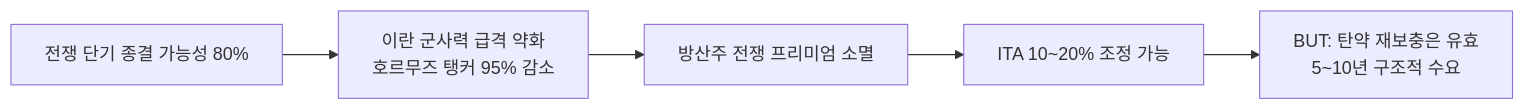
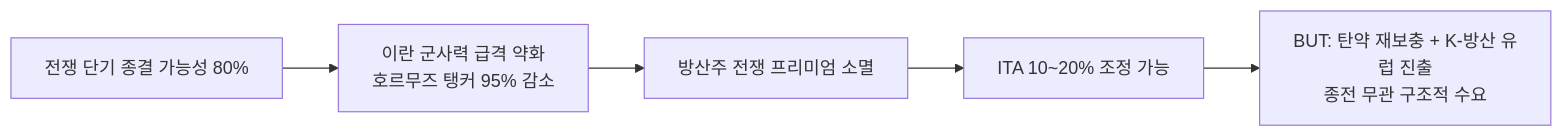
The eighth of 8 diagrams in _posts/knowledge/invest/2026-03-07-defense-space-sector-outlook-2026.md (dss99911/dss99911.github.io), drawn with Mermaid before and after one commit. The commit also changed other lines of this file and 4 other files, not shown here.

````diff
--- a/_posts/knowledge/invest/2026-03-07-defense-space-sector-outlook-2026.md
+++ b/_posts/knowledge/invest/2026-03-07-defense-space-sector-outlook-2026.md
@@ -306,7 +355,7 @@
 ```mermaid
 graph LR
     A["전쟁 단기 종결 가능성 80%"] --> B["이란 군사력 급격 약화<br/>호르무즈 탱커 95% 감소"]
     B --> C["방산주 전쟁 프리미엄 소멸"]
     C --> D["ITA 10~20% 조정 가능"]
-    D --> E["BUT&colon; 탄약 재보충은 유효<br/>5~10년 구조적 수요"]
+    D --> E["BUT&colon; 탄약 재보충 + K-방산 유럽 진출<br/>종전 무관 구조적 수요"]
 ```
````
